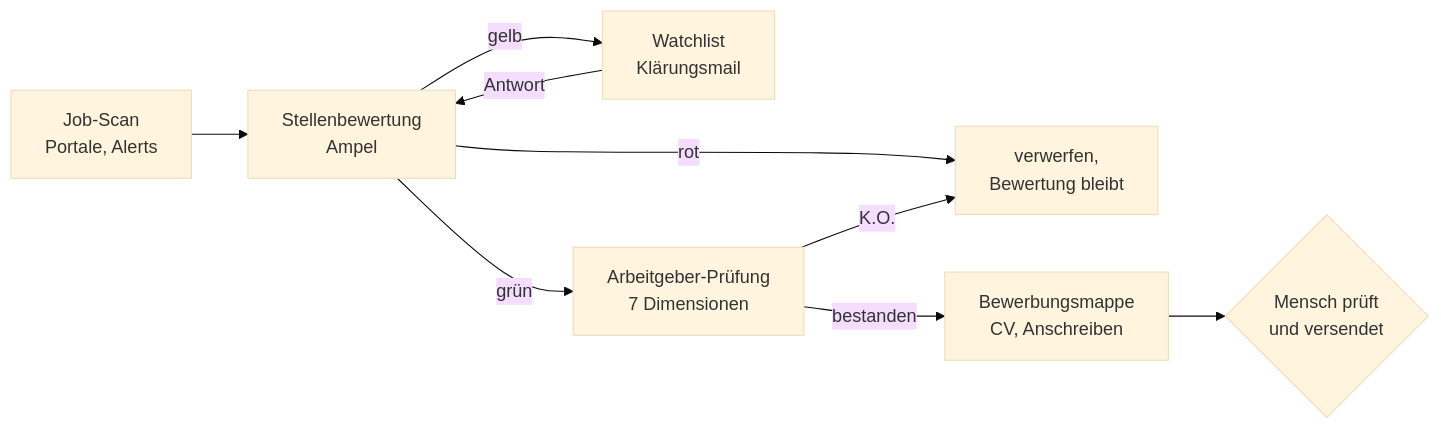
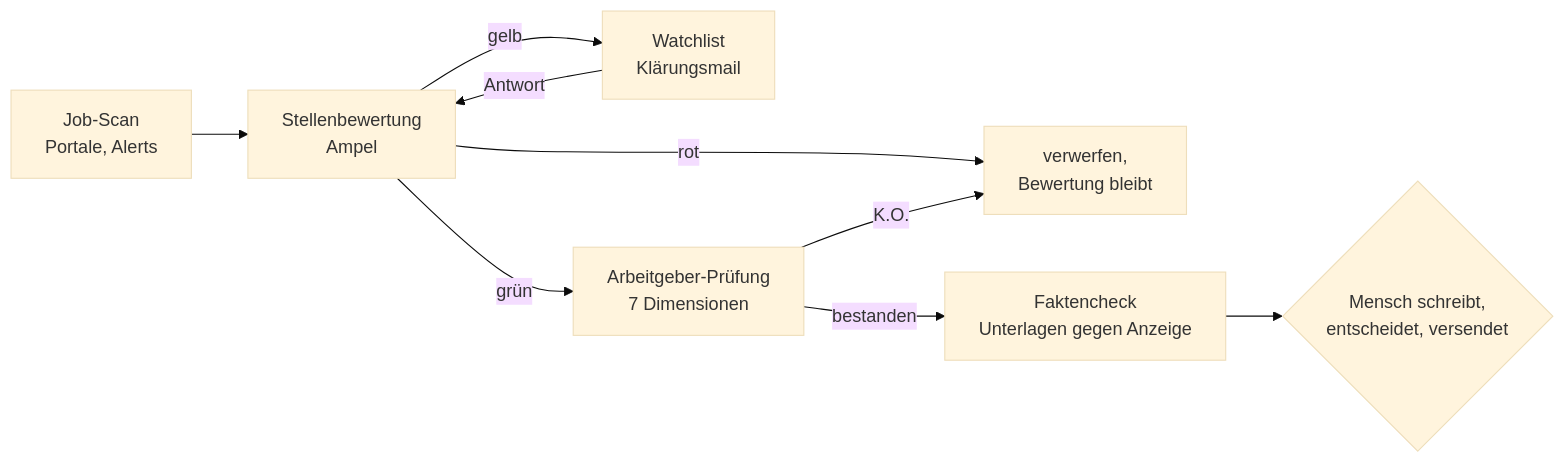
One commit to 0LVR/ki-assistenzsystem changed the diagram in README.md. Above: the diagram before and after it, drawn with Mermaid (base theme). The commit also changed other lines of this file and 2 other files, not shown here.

Commit message:
Schwerpunkt auf Entscheidung und Faktencheck: KI prüft, Formulierung und Versand beim Menschen

````diff
--- a/README.md
+++ b/README.md
@@ -57,11 +57,11 @@
 ```mermaid
 flowchart LR
     A[Job-Scan<br/>Portale, Alerts] --> B[Stellenbewertung<br/>Ampel]
     B -->|rot| X[verwerfen,<br/>Bewertung bleibt]
     B -->|gelb| W[Watchlist<br/>Klärungsmail]
     W -->|Antwort| B
     B -->|grün| C[Arbeitgeber-Prüfung<br/>7 Dimensionen]
     C -->|K.O.| X
-    C -->|bestanden| D[Bewerbungsmappe<br/>CV, Anschreiben]
-    D --> E{Mensch prüft<br/>und versendet}
+    C -->|bestanden| D[Faktencheck<br/>Unterlagen gegen Anzeige]
+    D --> E{Mensch schreibt,<br/>entscheidet, versendet}
 ```
````
